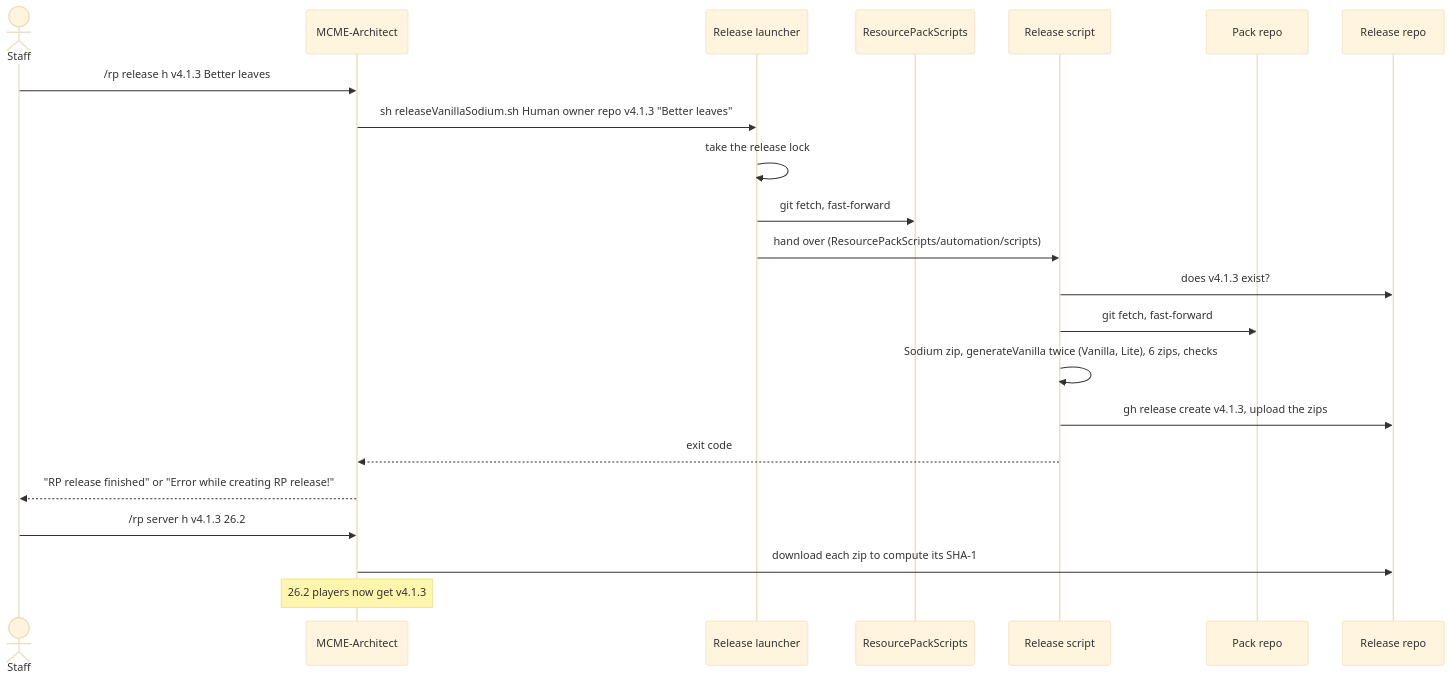
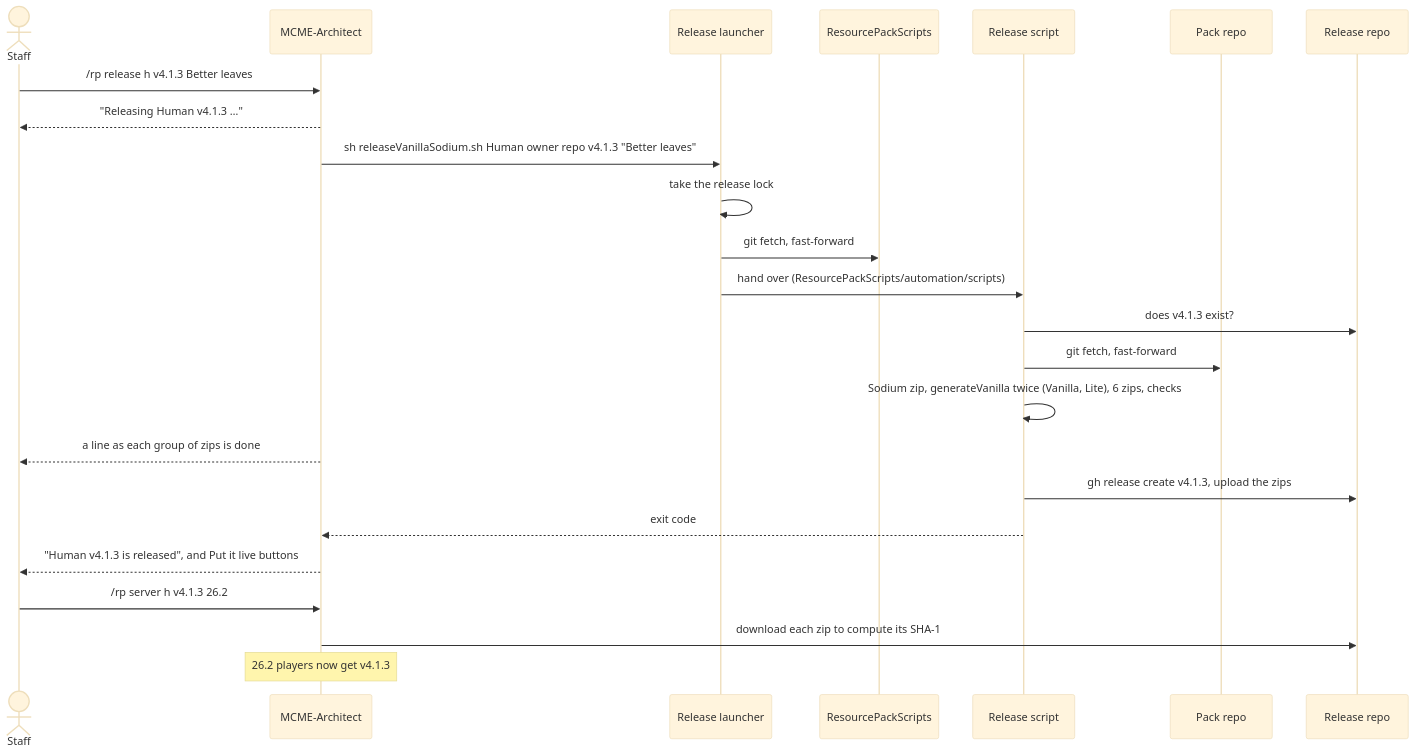
Before and after one commit to MCME/ResourcePackScripts: the second of 3 diagrams in docs/release-pipeline.md, drawn with Mermaid (base theme). The commit also changed other lines of this file and 3 other files, not shown here.

First line of the commit message:
docs: Match the release docs to what MCME-Architect 3.2 sends

````diff
--- a/docs/release-pipeline.md
+++ b/docs/release-pipeline.md
@@ -46,25 +46,27 @@
 ```mermaid
 sequenceDiagram
     actor Staff
     participant Architect as MCME-Architect
     participant Launcher as Release launcher
     participant Scripts as ResourcePackScripts
     participant Script as Release script
     participant Pack as Pack repo
     participant GitHub as Release repo
 
     Staff->>Architect: /rp release h v4.1.3 Better leaves
+    Architect-->>Staff: "Releasing Human v4.1.3 …"
     Architect->>Launcher: sh releaseVanillaSodium.sh Human owner repo v4.1.3 "Better leaves"
     Launcher->>Launcher: take the release lock
     Launcher->>Scripts: git fetch, fast-forward
     Launcher->>Script: hand over (ResourcePackScripts/automation/scripts)
     Script->>GitHub: does v4.1.3 exist?
     Script->>Pack: git fetch, fast-forward
     Script->>Script: Sodium zip, generateVanilla twice (Vanilla, Lite), 6 zips, checks
+    Architect-->>Staff: a line as each group of zips is done
     Script->>GitHub: gh release create v4.1.3, upload the zips
     Script-->>Architect: exit code
-    Architect-->>Staff: "RP release finished" or "Error while creating RP release!"
+    Architect-->>Staff: "Human v4.1.3 is released", and Put it live buttons
     Staff->>Architect: /rp server h v4.1.3 26.2
     Architect->>GitHub: download each zip to compute its SHA-1
     Note over Architect: 26.2 players now get v4.1.3
 ```
````
